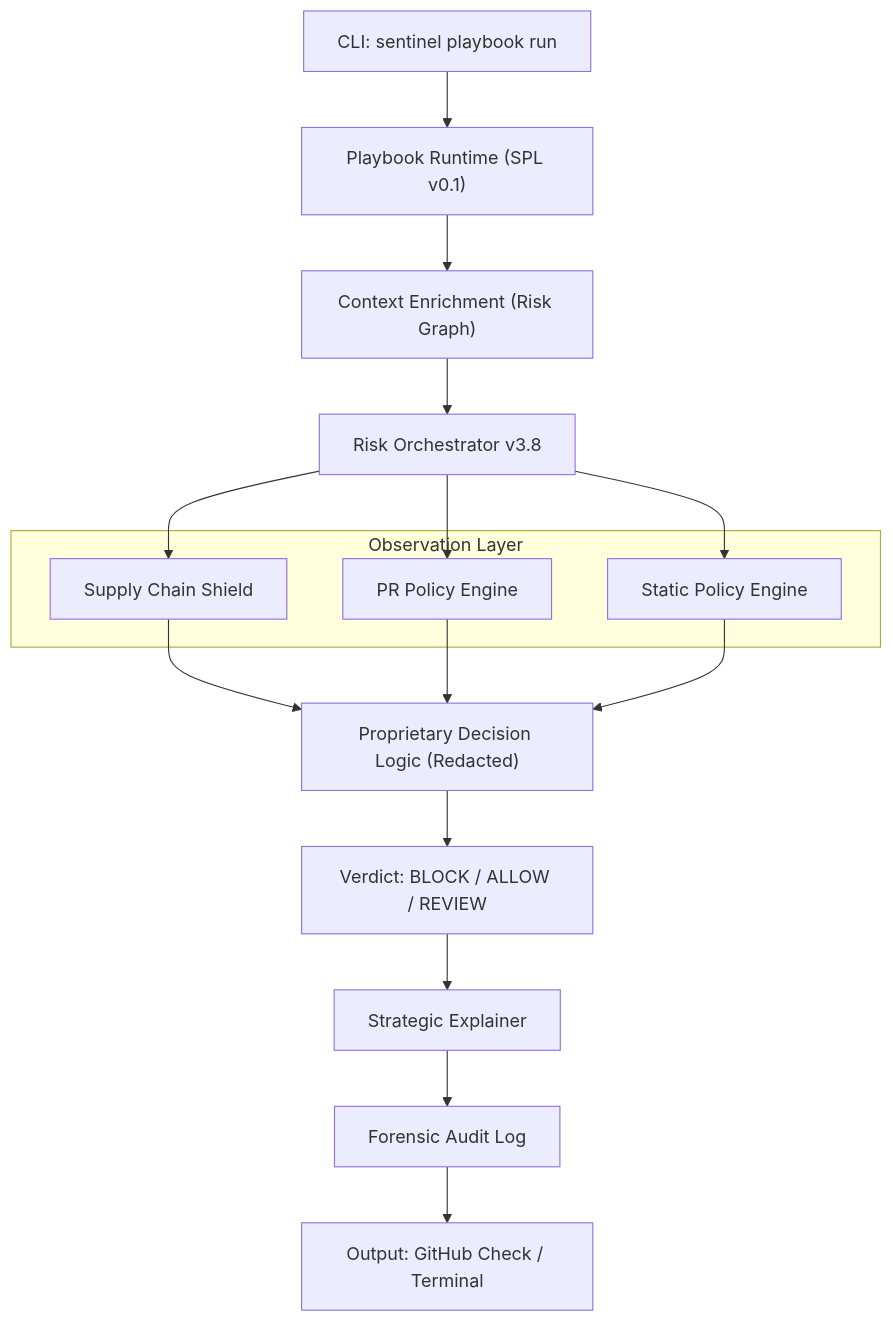
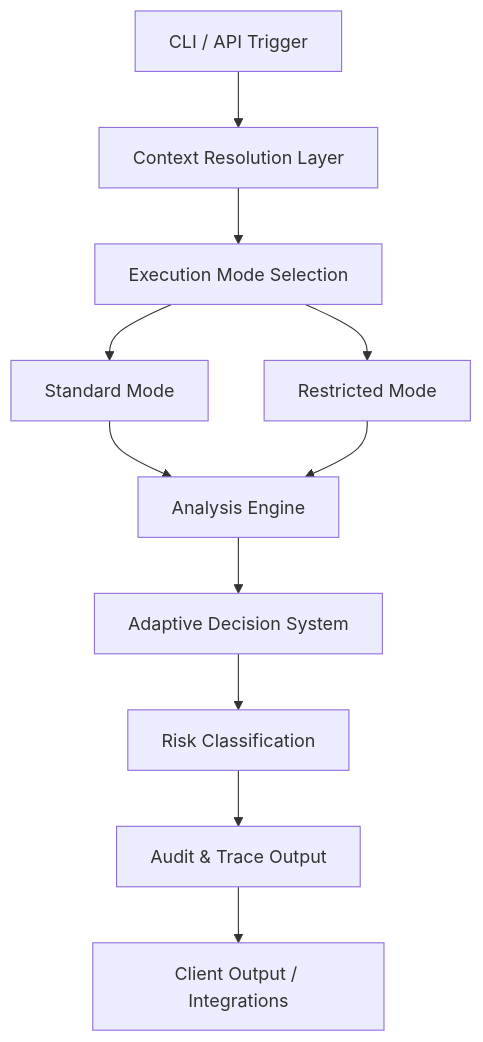
Before and after one commit to javier20dev25/Sentinel: the diagram in docs/ARCHITECTURE.md, drawn with Mermaid. The commit also changed other lines of this file and 5 other files, not shown here.

````diff
--- a/docs/ARCHITECTURE.md
+++ b/docs/ARCHITECTURE.md
@@ -8,25 +8,17 @@
 ```mermaid
 graph TD
-    CLI["CLI: sentinel playbook run"] --> PR["Playbook Runtime (SPL v0.1)"]
-    PR --> Context["Context Enrichment (Risk Graph)"]
-    Context --> Orchestrator["Risk Orchestrator v3.8"]
+    CLI["CLI / API Trigger"] --> CRL["Context Resolution Layer"]
+    CRL --> EMS["Execution Mode Selection"]
     
-    subgraph "Observation Layer"
-        SCS["Supply Chain Shield"]
-        PPE["PR Policy Engine"]
-        PE["Static Policy Engine"]
-    end
+    EMS --> SM["Standard Mode"]
+    EMS --> RM["Restricted Mode"]
     
-    Orchestrator --> SCS
-    Orchestrator --> PPE
-    Orchestrator --> PE
+    SM --> AE["Analysis Engine"]
+    RM --> AE
     
-    SCS --> Logic["Proprietary Decision Logic (Redacted)"]
-    PPE --> Logic
-    PE --> Logic
+    AE --> ADS["Adaptive Decision System"]
+    ADS --> RC["Risk Classification"]
     
-    Logic --> Result["Verdict: BLOCK / ALLOW / REVIEW"]
-    Result --> Explain["Strategic Explainer"]
-    Explain --> Audit["Forensic Audit Log"]
-    Audit --> Output["Output: GitHub Check / Terminal"]
+    RC --> AT["Audit & Trace Output"]
+    AT --> CO["Client Output / Integrations"]
 ```
````
